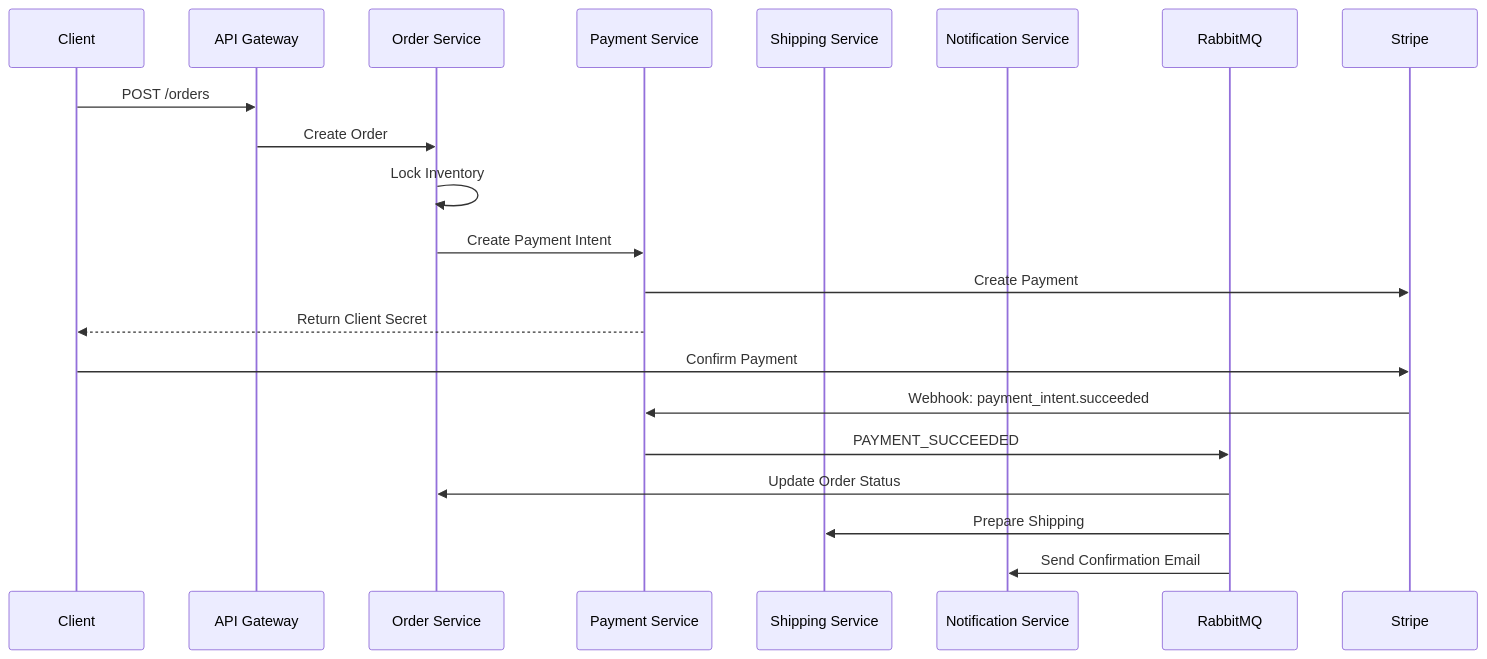
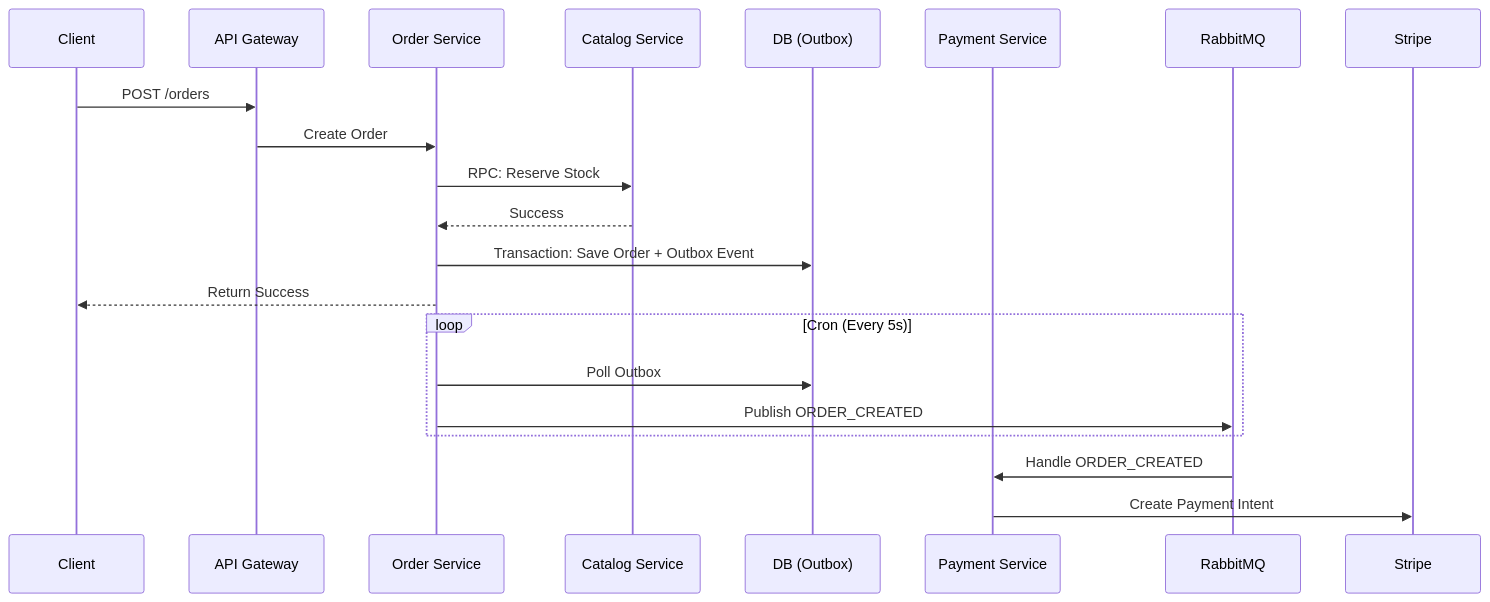
The second of 3 diagrams in prd/02-system-design.md (AmitxParmar/modular-mart-microservices), drawn with Mermaid before and after one commit. The commit also changed other lines of this file and 47 other files, not shown here.

First line of the commit message:
refactor(order-service): rename catalog-order-service to order-service & implement idempotency

````diff
--- a/prd/02-system-design.md
+++ b/prd/02-system-design.md
@@ -185,24 +193,25 @@
 ```mermaid
 sequenceDiagram
     participant C as Client
     participant G as API Gateway
     participant O as Order Service
+    participant Cat as Catalog Service
+    participant DB as DB (Outbox)
     participant P as Payment Service
-    participant S as Shipping Service
-    participant N as Notification Service
     participant RMQ as RabbitMQ
 
     C->>G: POST /orders
     G->>O: Create Order
-    O->>O: Lock Inventory
-    O->>P: Create Payment Intent
-    P->>Stripe: Create Payment
-    P-->>C: Return Client Secret
+    O->>Cat: RPC: Reserve Stock
+    Cat-->>O: Success
+    O->>DB: Transaction: Save Order + Outbox Event
+    O-->>C: Return Success
+    
+    loop Cron (Every 5s)
+        O->>DB: Poll Outbox
+        O->>RMQ: Publish ORDER_CREATED
+    end
 
-    C->>Stripe: Confirm Payment
-    Stripe->>P: Webhook: payment_intent.succeeded
-    P->>RMQ: PAYMENT_SUCCEEDED
-    RMQ->>O: Update Order Status
-    RMQ->>S: Prepare Shipping
-    RMQ->>N: Send Confirmation Email
+    RMQ->>P: Handle ORDER_CREATED
+    P->>Stripe: Create Payment Intent
 ```
````
